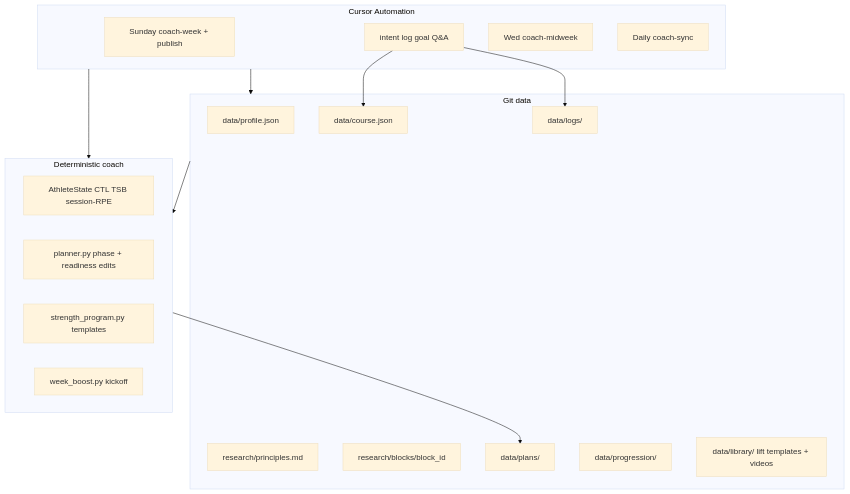
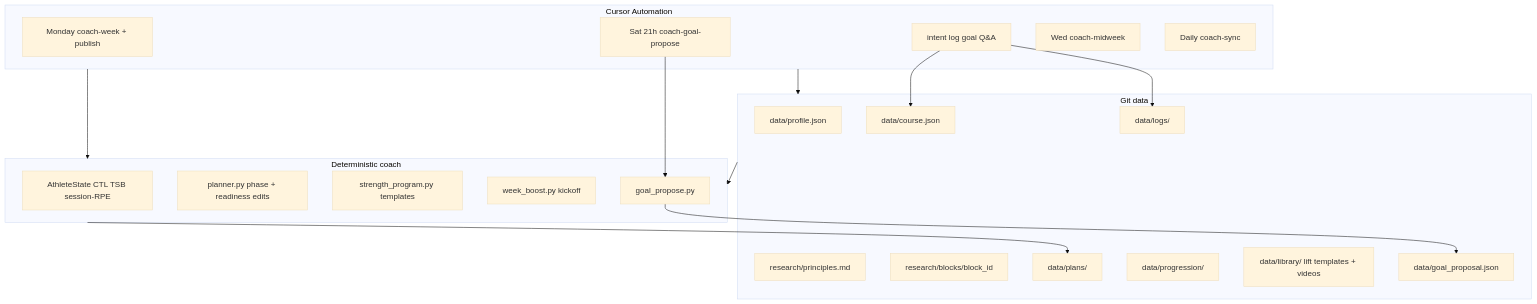
Before and after one commit to AlexTouvras/Orbit: the second of 3 diagrams in src/content/architecture/fitness-coach.mdx, drawn with Mermaid (base theme). The commit also changed other lines of this file, not shown here.

Commit message:
Document Monday 07:15 coach-week on the fitness architecture page.

````diff
--- a/src/content/architecture/fitness-coach.mdx
+++ b/src/content/architecture/fitness-coach.mdx
@@ -74,31 +76,36 @@
 ```mermaid
 flowchart TB
   subgraph durable [Git data]
     Profile[data/profile.json]
     Course[data/course.json]
     Principles[research/principles.md]
     Blocks[research/blocks/block_id]
     Plans[data/plans/]
     Logs[data/logs/]
     Prog[data/progression/]
     Lib[data/library/ lift templates + videos]
+    Proposal[data/goal_proposal.json]
   end
   subgraph python [Deterministic coach]
     AS[AthleteState CTL TSB session-RPE]
     PL[planner.py phase + readiness edits]
     STR[strength_program.py templates]
     WK[week_boost.py kickoff]
+    GP[goal_propose.py]
   end
   subgraph agent [Cursor Automation]
-    Sun[Sunday coach-week + publish]
+    Mon[Monday coach-week + publish]
+    Propose[Sat 21h coach-goal-propose]
     Chat[intent log goal Q&A]
     Mid[Wed coach-midweek]
     Day[Daily coach-sync]
   end
   durable --> python
   python --> Plans
   agent --> python
   agent --> durable
   Chat --> Course
   Chat --> Logs
+  Propose --> GP
+  GP --> Proposal
 ```
````
